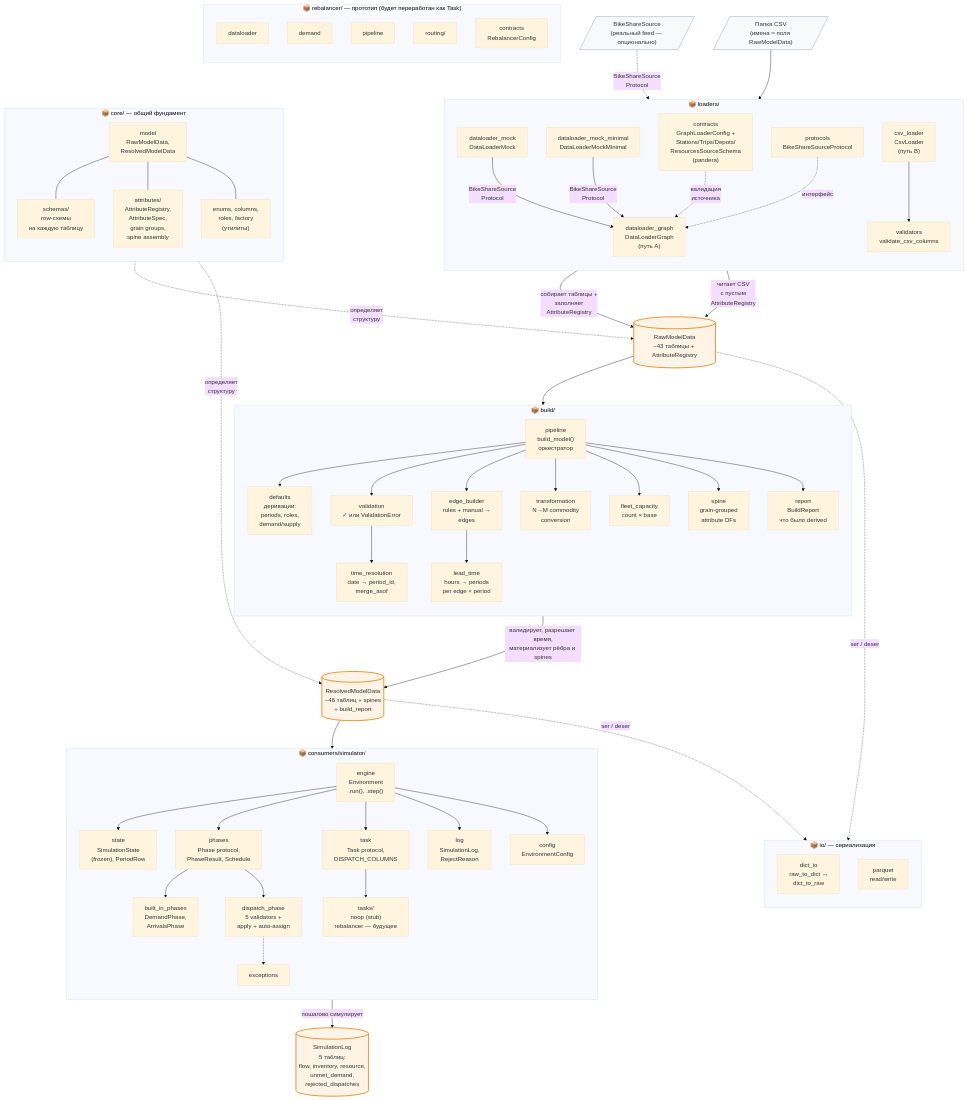
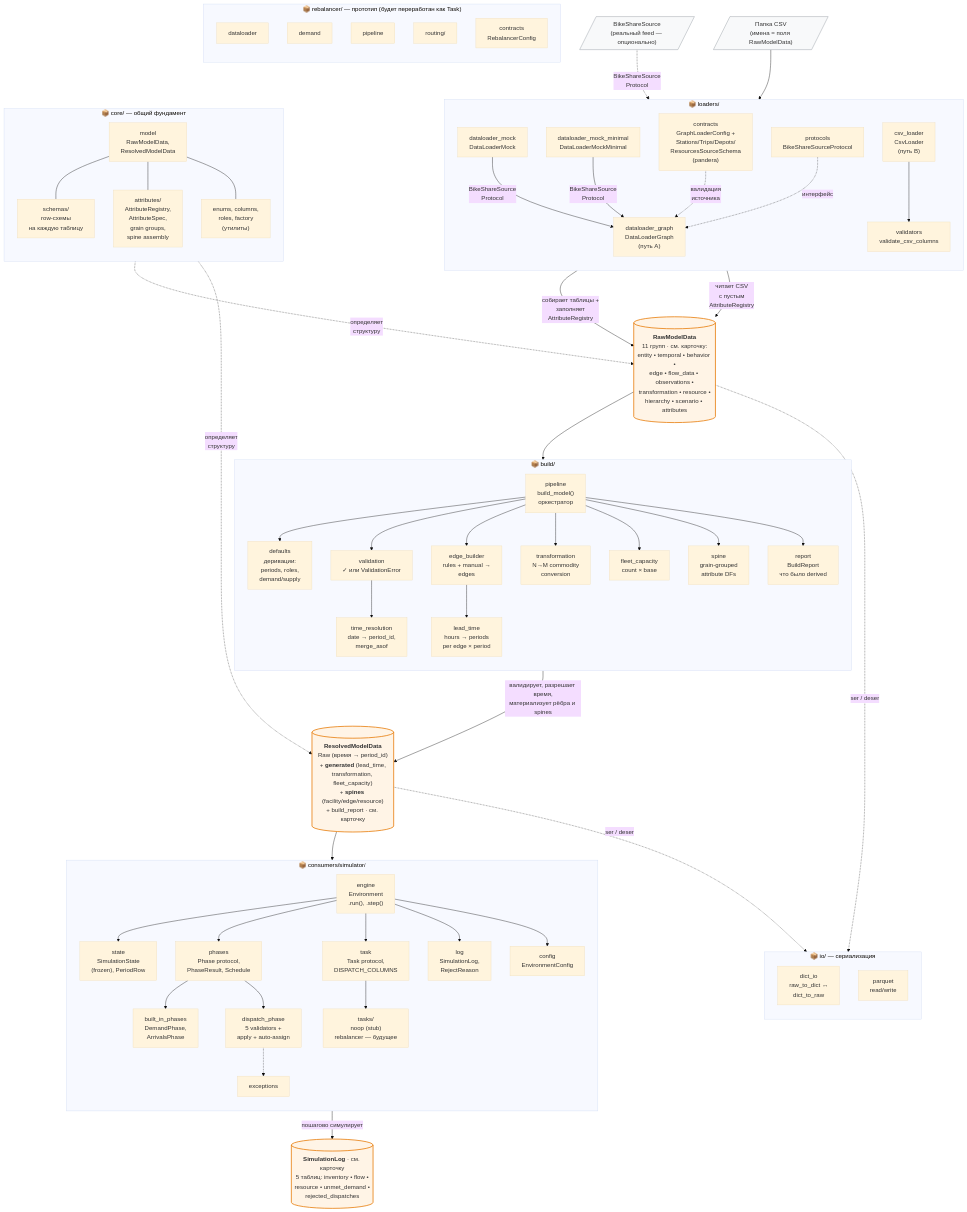
One commit to vlzm/GFDRR changed the third of 4 diagrams in docs/philosophy/уровни_понимания_кода_диаграммы.md. Above: the diagram before and after it, drawn with Mermaid (base theme). The commit also changed other lines of this file, not shown here.

Commit message:
Add data contract reference guide with detailed descriptions for RawModelData, ResolvedModelData, and SimulationLog

```diff
--- a/docs/philosophy/уровни_понимания_кода_диаграммы.md
+++ b/docs/philosophy/уровни_понимания_кода_диаграммы.md
@@ -127,7 +231,7 @@
     ExtBike -.->|"BikeShareSource<br/>Protocol"| GraphDL
     ExtCsv --> CsvL
 
-    Raw[("RawModelData<br/>~43 таблицы + AttributeRegistry")]:::data
+    Raw[("<b>RawModelData</b><br/>11 групп · см. карточку:<br/>entity • temporal • behavior •<br/>edge • flow_data • observations •<br/>transformation • resource •<br/>hierarchy • scenario • attributes")]:::data
 
     subgraph build_pkg["📦 build/"]
         direction TB
@@ -153,7 +257,7 @@
         BPipe --> BReport
     end
 
-    Resolved[("ResolvedModelData<br/>~46 таблиц + spines<br/>+ build_report")]:::data
+    Resolved[("<b>ResolvedModelData</b><br/>Raw (время → period_id)<br/>+ <b>generated</b> (lead_time,<br/>transformation, fleet_capacity)<br/>+ <b>spines</b> (facility/edge/resource)<br/>+ build_report · см. карточку")]:::data
 
     subgraph sim_pkg["📦 consumers/simulator/"]
         direction TB
@@ -179,7 +283,7 @@
         SDispatch -.-> SExc
     end
 
-    SimLog[("SimulationLog<br/>5 таблиц:<br/>flow, inventory, resource,<br/>unmet_demand,<br/>rejected_dispatches")]:::data
+    SimLog[("<b>SimulationLog</b> · см. карточку<br/>5 таблиц: inventory • flow •<br/>resource • unmet_demand •<br/>rejected_dispatches")]:::data
 
     subgraph core_pkg["📦 core/ — общий фундамент"]
         direction TB
```
